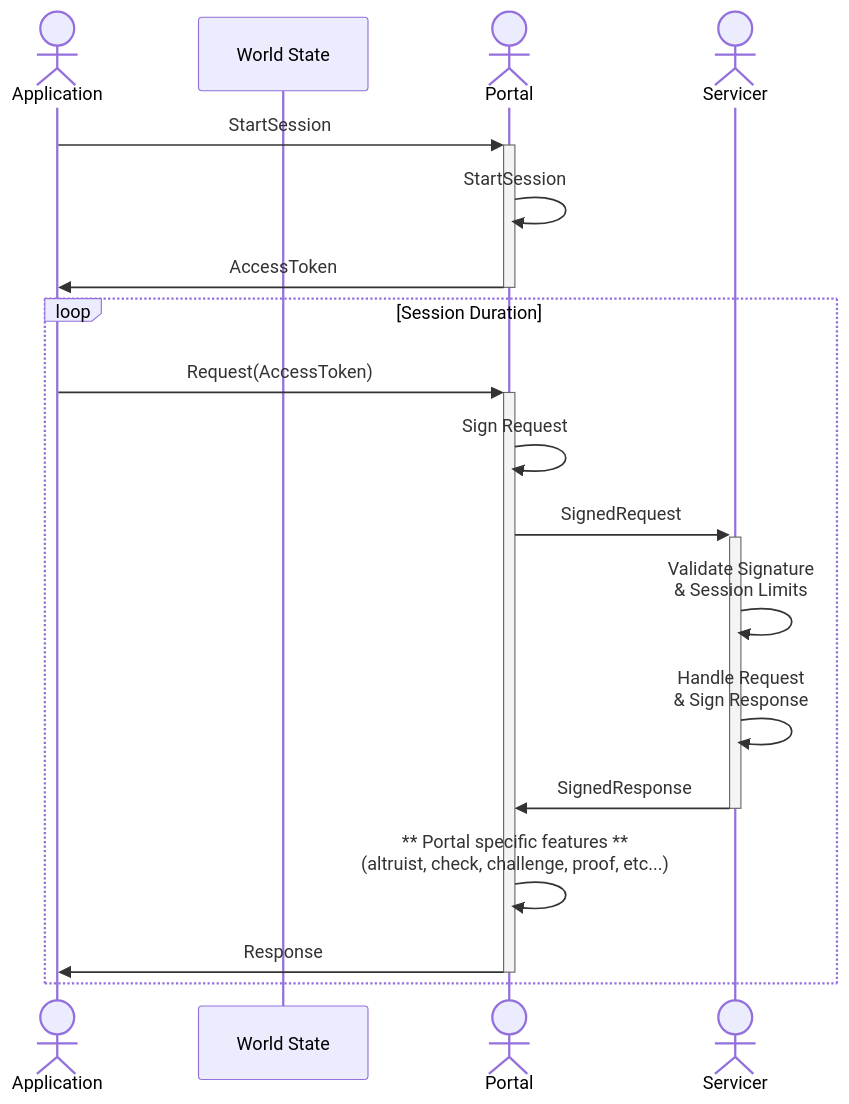
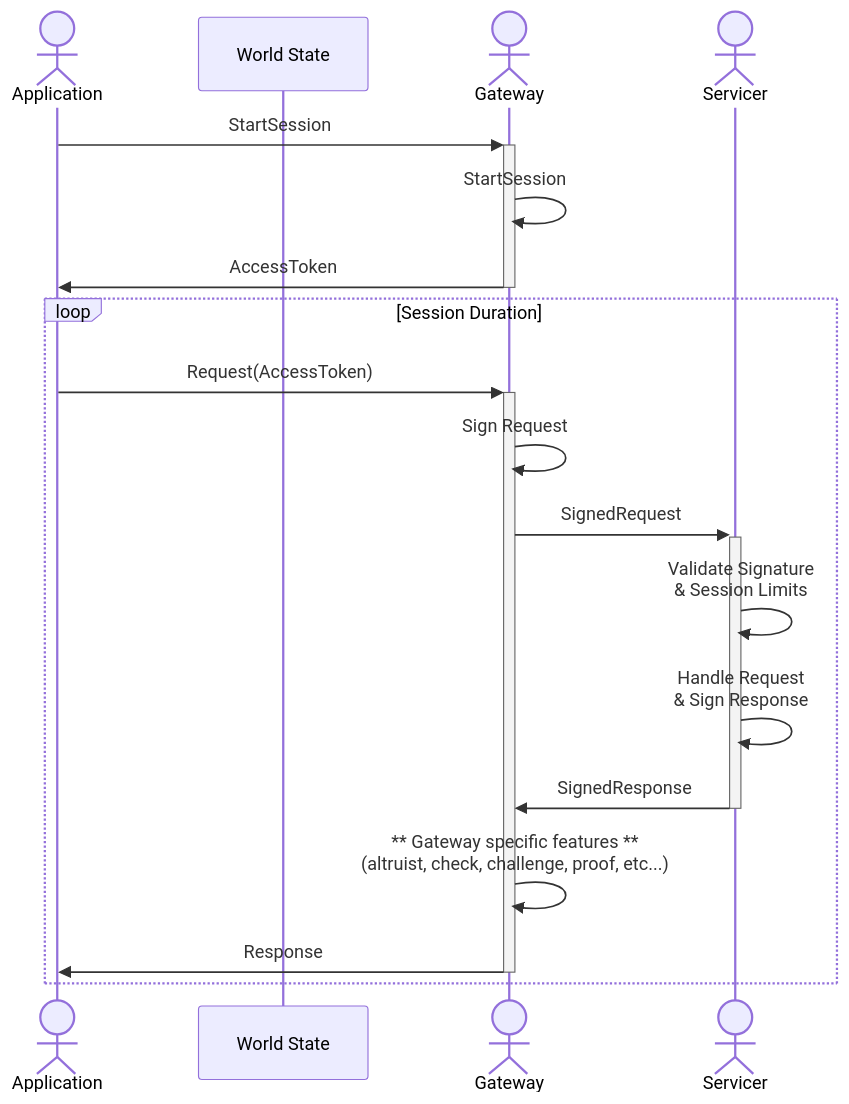
Diagram 16 of 16 in utility/README.md (pokt-network/pocket-network-protocol), drawn with Mermaid before and after one commit. The commit also changed other lines of this file and 1 other file, not shown here.

First line of the commit message:
Rename `Portal` to `Gateway` (#47)

````diff
--- a/utility/README.md
+++ b/utility/README.md
@@ -913,22 +913,22 @@
 ```mermaid
 sequenceDiagram
     actor A as Application
     participant WS as World State
-    actor G as Portal
+    actor G as Gateway
     actor S as Servicer
 
     A ->>+ G: StartSession
     G ->> G: StartSession
     G ->>- A: AccessToken
 
     loop Session Duration
         A ->> +G: Request(AccessToken)
         G ->> G: Sign Request
         G ->> +S: SignedRequest
         S ->> S: Validate Signature<br>& Session Limits
         S ->> S: Handle Request<br>& Sign Response
         S ->> -G: SignedResponse
-        G ->> G: ** Portal specific features ** <br>(altruist, check, challenge, proof, etc...)
+        G ->> G: ** Gateway specific features ** <br>(altruist, check, challenge, proof, etc...)
         G ->> -A: Response
     end
 ```
````
